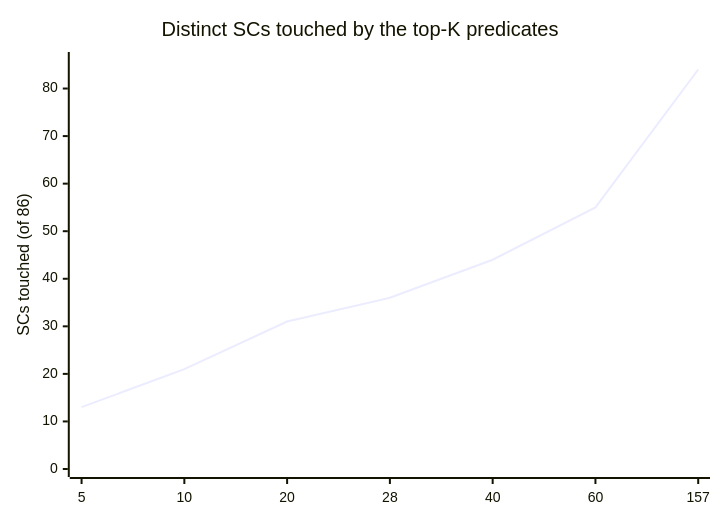
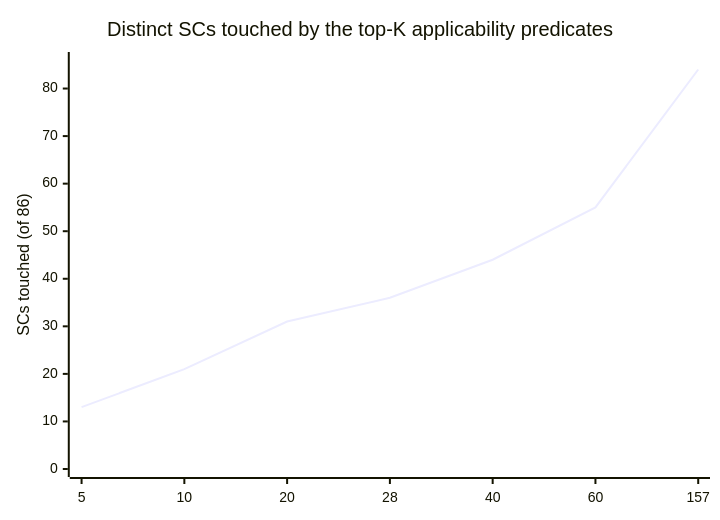
One commit to UN-ICC/a11y-assist changed the third of 3 diagrams in docs/classifier.md. Above: the diagram before and after it, drawn with Mermaid. The commit also changed other lines of this file and 6 other files, not shown here.

````diff
--- a/docs/classifier.md
+++ b/docs/classifier.md
@@ -76,7 +75,7 @@
 ```mermaid
 xychart-beta
-    title "Distinct SCs touched by the top-K predicates"
+    title "Distinct SCs touched by the top-K applicability predicates"
     x-axis ["5", "10", "20", "28", "40", "60", "157"]
     y-axis "SCs touched (of 86)" 0 --> 86
     line [13, 21, 31, 36, 44, 55, 84]
 ```
````
